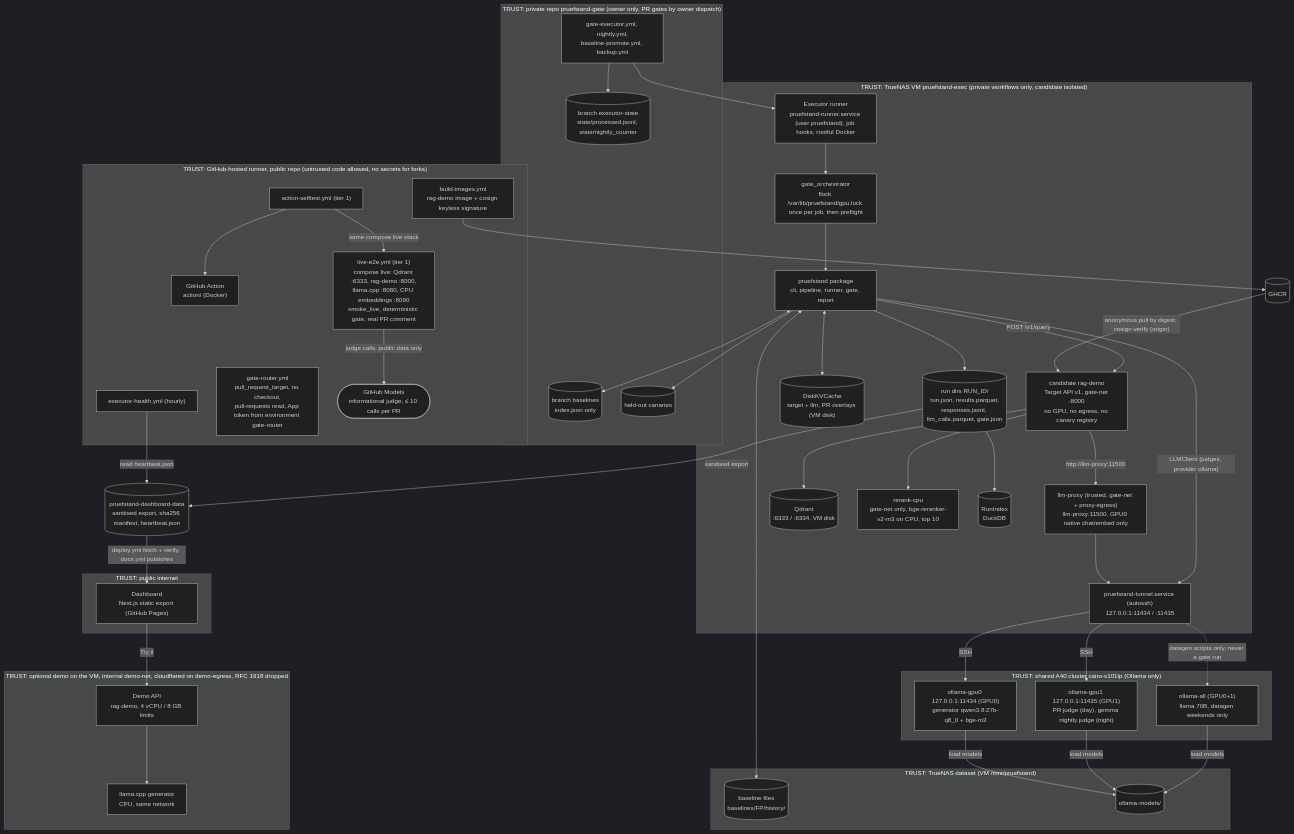
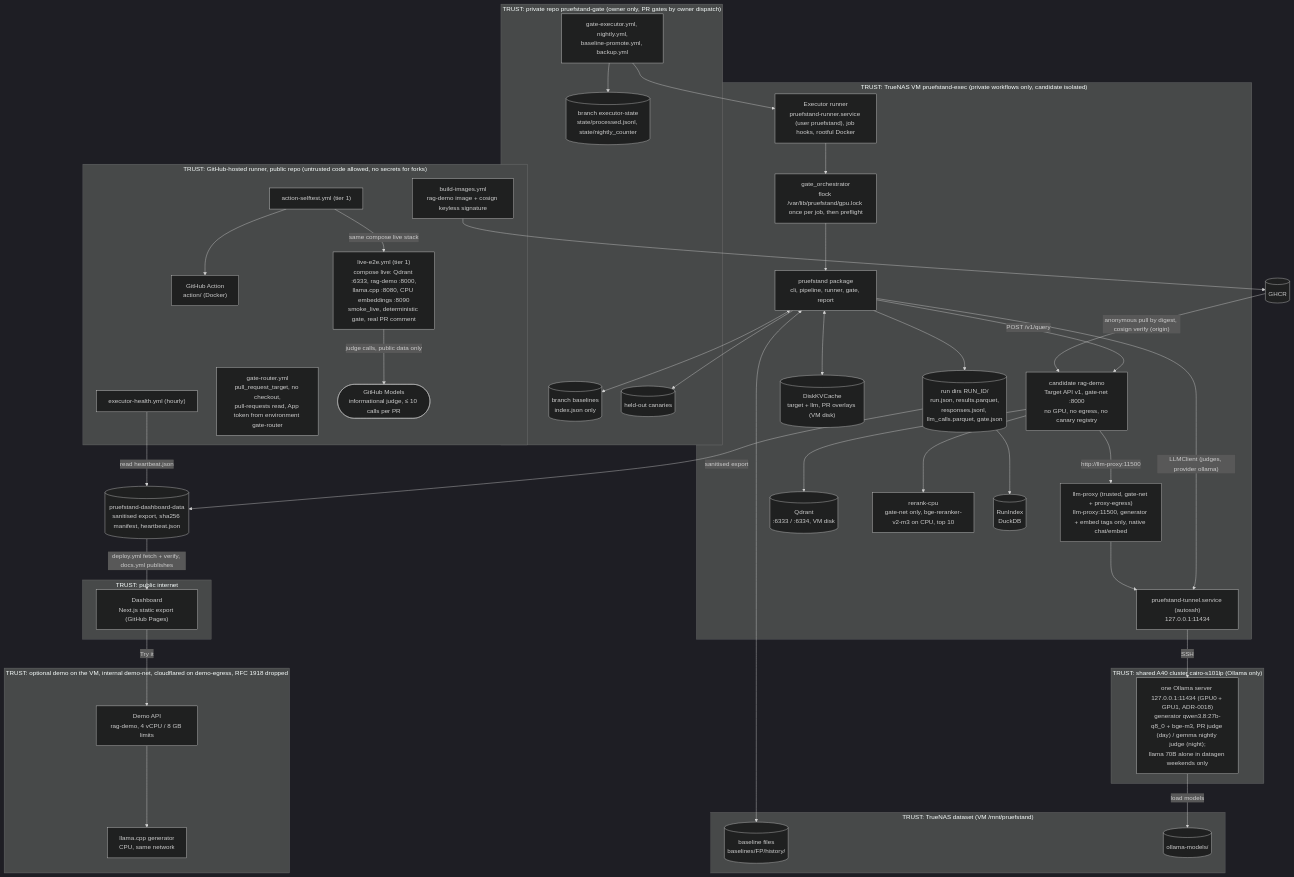
One commit to dheena18/pruefstand changed the second of 2 diagrams in docs/architecture/overview.md. Above: the diagram before and after it, drawn with Mermaid (dark theme). The commit also changed other lines of this file and 44 other files, not shown here.

First line of the commit message:
docs: record cluster setup and switch to one Ollama server (ADR-0018)

```diff
--- a/docs/architecture/overview.md
+++ b/docs/architecture/overview.md
@@ -85,19 +85,17 @@
         orch["gate_orchestrator<br/>flock /var/lib/pruefstand/gpu.lock once per job, then preflight"]
         core["pruefstand package<br/>cli, pipeline, runner, gate, report"]
         rag["candidate rag-demo<br/>Target API v1, gate-net :8000<br/>no GPU, no egress, no canary registry"]
-        proxy["llm-proxy (trusted, gate-net + proxy-egress)<br/>llm-proxy:11500, GPU0 native chat/embed only"]
+        proxy["llm-proxy (trusted, gate-net + proxy-egress)<br/>llm-proxy:11500, generator + embed tags only, native chat/embed"]
         qdrant[("Qdrant<br/>:6333 / :6334, VM disk")]
         rerank["rerank-cpu<br/>gate-net only, bge-reranker-v2-m3 on CPU, top 10"]
-        tun["pruefstand-tunnel.service (autossh)<br/>127.0.0.1:11434 / :11435"]
+        tun["pruefstand-tunnel.service (autossh)<br/>127.0.0.1:11434"]
         cache[("DiskKVCache<br/>target + llm, PR overlays (VM disk)")]
         runs[("run dirs RUN_ID/<br/>run.json, results.parquet,<br/>responses.jsonl, llm_calls.parquet, gate.json")]
         idx[("RunIndex<br/>DuckDB")]
     end
 
     subgraph CLU["TRUST: shared A40 cluster cairo-s101lp (Ollama only)"]
-        ogpu0["ollama-gpu0 127.0.0.1:11434 (GPU0)<br/>generator qwen3.8:27b-q8_0 + bge-m3"]
-        ogpu1["ollama-gpu1 127.0.0.1:11435 (GPU1)<br/>PR judge (day), gemma nightly judge (night)"]
-        oall["ollama-all (GPU0+1)<br/>llama 70B, datagen weekends only"]
+        oll["one Ollama server 127.0.0.1:11434 (GPU0 + GPU1, ADR-0018)<br/>generator qwen3.8:27b-q8_0 + bge-m3, PR judge (day) / gemma nightly judge (night);<br/>llama 70B alone in datagen weekends only"]
     end
 
     subgraph NASX["TRUST: TrueNAS dataset (VM /mnt/pruefstand)"]
@@ -130,10 +128,8 @@
     rag -->|"http://llm-proxy:11500"| proxy
     proxy --> tun
     core -->|"LLMClient (judges, provider ollama)"| tun
-    tun -->|"SSH"| ogpu0
-    tun -->|"SSH"| ogpu1
-    tun -.->|"datagen scripts only, never a gate run"| oall
-    ogpu0 & ogpu1 & oall -->|"load models"| models
+    tun -->|"SSH"| oll
+    oll -->|"load models"| models
     core --> runs
     core <--> base
     core <--> bfiles
```
